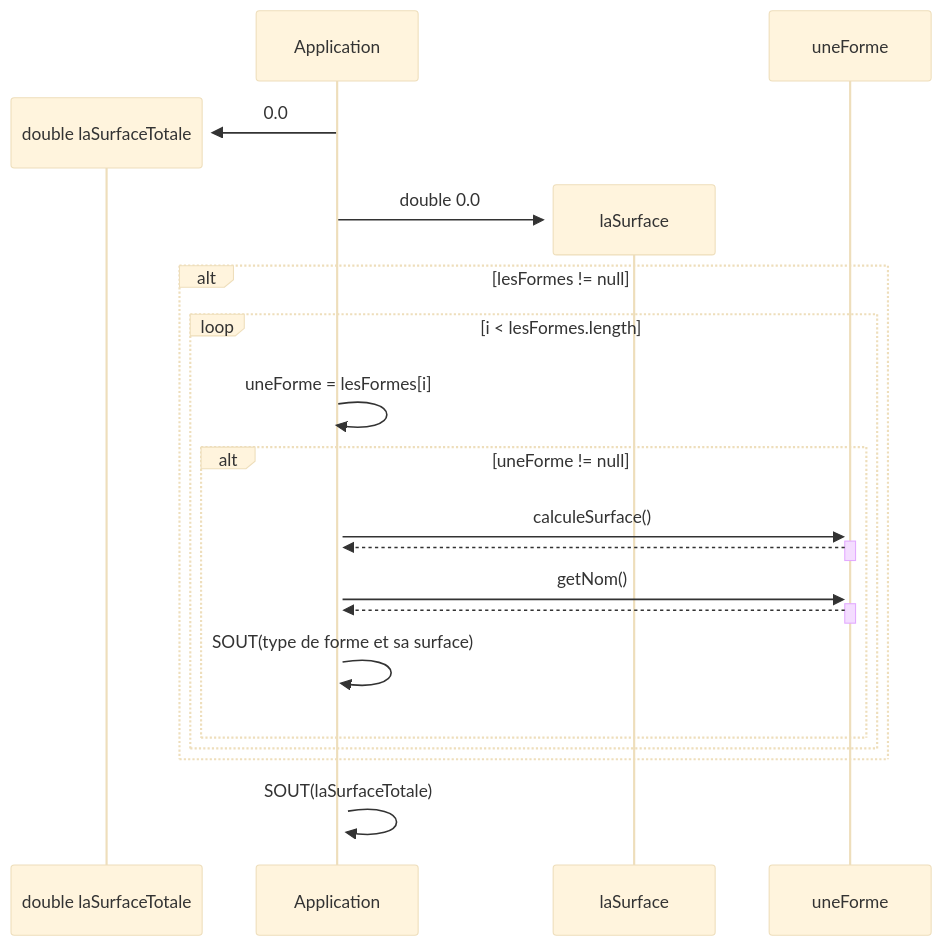
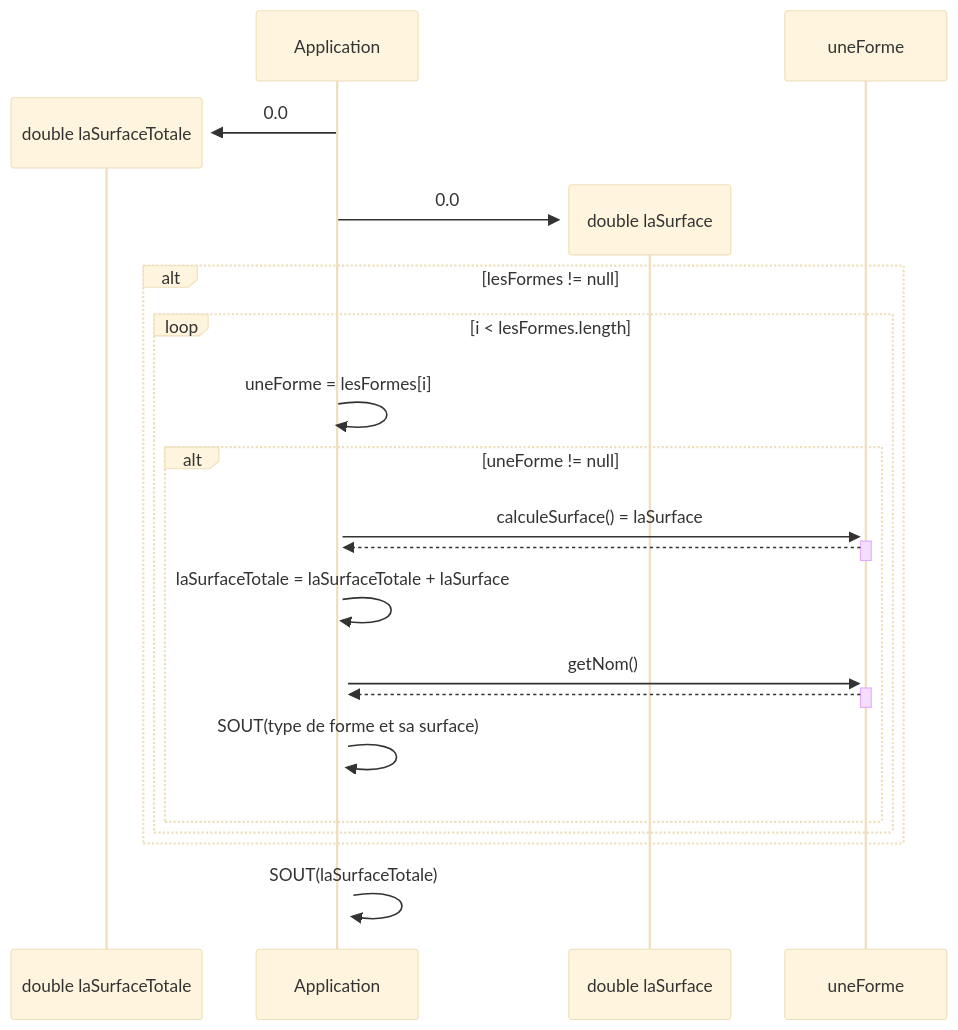
Before and after one commit to emf-info-320/320_EX_04_FORMES_BASE: the third of 4 diagrams in README.md, drawn with Mermaid (base theme).

````diff
--- a/README.md
+++ b/README.md
@@ -86,21 +86,24 @@
 ```mermaid
 sequenceDiagram
     create participant double laSurfaceTotale
     Application->>+double laSurfaceTotale: 0.0
-    create participant laSurface
-    Application->>+laSurface: double 0.0
+    create participant double laSurface
+    Application->>+double laSurface: 0.0
     alt lesFormes != null
         loop i < lesFormes.length
             Application ->>+ Application: uneForme = lesFormes[i]
             alt uneForme != null
-                Application ->>+ uneForme: calculeSurface()
-                uneForme -->>- Application: 
+                Application ->>+ uneForme: calculeSurface() = laSurface
+                uneForme -->>- Application:
+
+                Application ->>+ Application: laSurfaceTotale = laSurfaceTotale + laSurface
+
                 Application ->>+ uneForme: getNom()
                 uneForme -->>- Application: 
                 Application ->>+ Application: SOUT(type de forme et sa surface)
             end
         end
     end
 
     Application ->>+ Application: SOUT(laSurfaceTotale)
 ```
````
